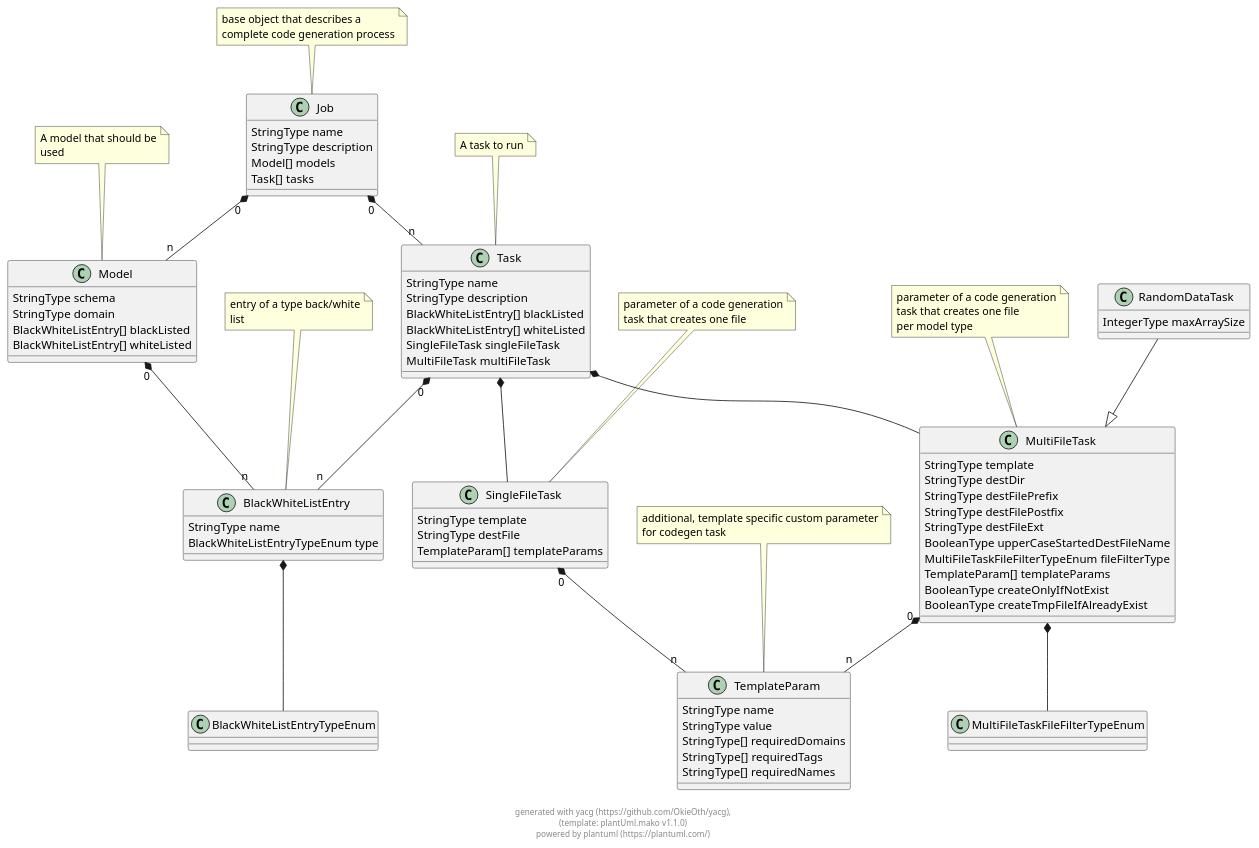
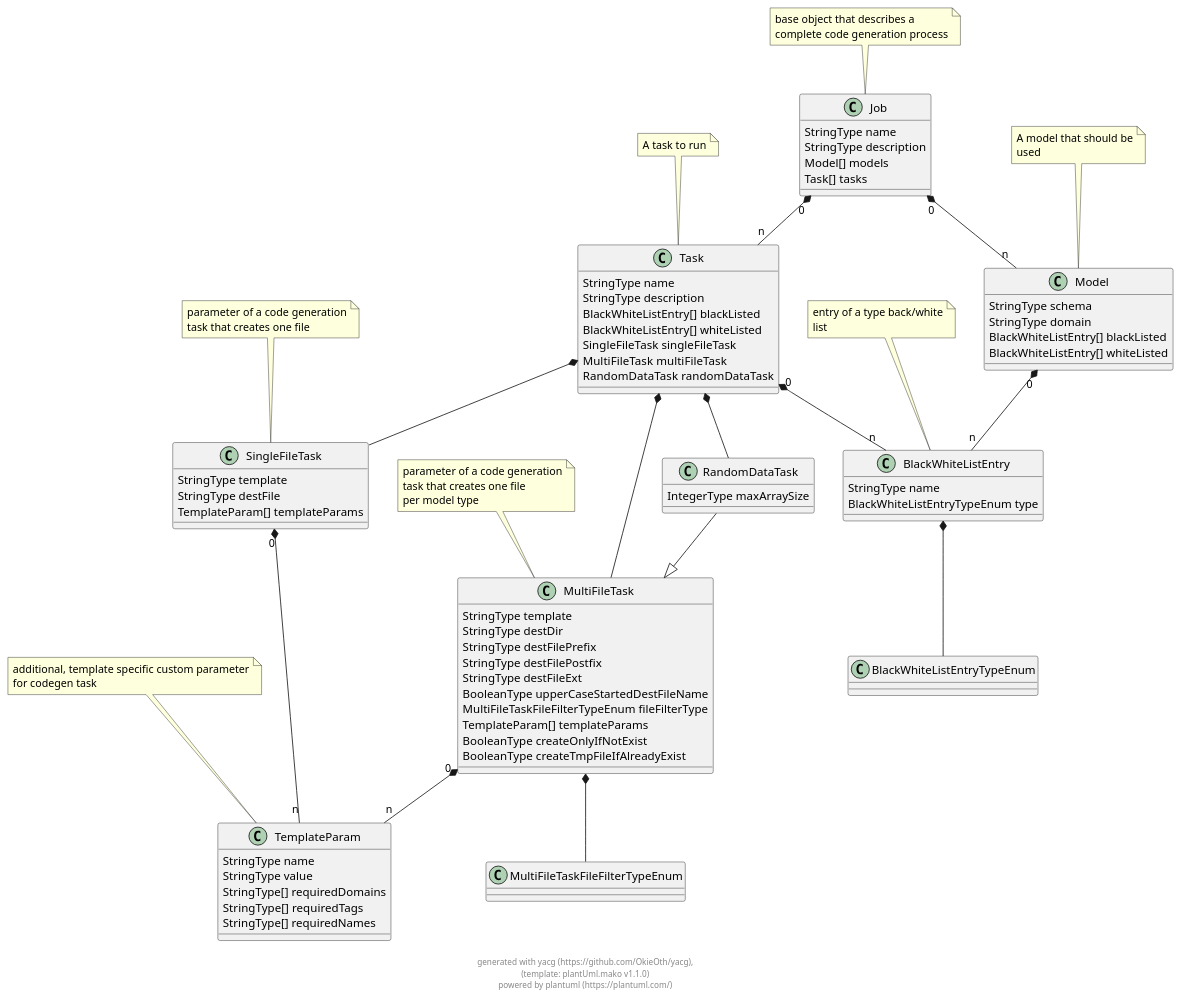
The diagram in docs/puml/yacg_config_schema.puml (OkieOth/yacg), drawn with PlantUML before and after one commit. The commit also changed 7 other files, not shown here.

Commit message:
introduce RandomDataTask into the configuration model, part 2

```diff
--- a/docs/puml/yacg_config_schema.puml
+++ b/docs/puml/yacg_config_schema.puml
@@ -2,119 +2,122 @@
 @startuml
 
 class Job {
     StringType name 
     StringType description 
     Model[] models 
     Task[] tasks 
 }
  
 note top: base object that describes a\ncomplete code generation process
 
 class Model {
     StringType schema 
     StringType domain 
     BlackWhiteListEntry[] blackListed 
     BlackWhiteListEntry[] whiteListed 
 }
  
 note top: A model that should be\nused
 
 class Task {
     StringType name 
     StringType description 
     BlackWhiteListEntry[] blackListed 
     BlackWhiteListEntry[] whiteListed 
     SingleFileTask singleFileTask 
     MultiFileTask multiFileTask 
+    RandomDataTask randomDataTask 
 }
  
 note top: A task to run
 
 class BlackWhiteListEntry {
     StringType name 
     BlackWhiteListEntryTypeEnum type 
 }
  
 note top: entry of a type back/white\nlist
 
 class BlackWhiteListEntryTypeEnum {
 }
  
 
 class SingleFileTask {
     StringType template 
     StringType destFile 
     TemplateParam[] templateParams 
 }
  
 note top: parameter of a code generation\ntask that creates one file
 
 class TemplateParam {
     StringType name 
     StringType value 
     StringType[] requiredDomains 
     StringType[] requiredTags 
     StringType[] requiredNames 
 }
  
 note top: additional, template specific custom parameter\nfor codegen task
 
 class MultiFileTask {
     StringType template 
     StringType destDir 
     StringType destFilePrefix 
     StringType destFilePostfix 
     StringType destFileExt 
     BooleanType upperCaseStartedDestFileName 
     MultiFileTaskFileFilterTypeEnum fileFilterType 
     TemplateParam[] templateParams 
     BooleanType createOnlyIfNotExist 
     BooleanType createTmpFileIfAlreadyExist 
 }
  
 note top: parameter of a code generation\ntask that creates one file\nper model type
 
 class MultiFileTaskFileFilterTypeEnum {
 }
  
 
 class RandomDataTask {
     IntegerType maxArraySize 
 }
  
 
 RandomDataTask --|> MultiFileTask
 
     
 Job "0" *-- "n" Model        
             
 Job "0" *-- "n" Task        
             
     
 Model "0" *-- "n" BlackWhiteListEntry        
             
     
 Task "0" *-- "n" BlackWhiteListEntry        
             
 Task  *--  SingleFileTask        
             
 Task  *--  MultiFileTask        
             
+Task  *--  RandomDataTask        
+            
     
 BlackWhiteListEntry  *--  BlackWhiteListEntryTypeEnum        
             
     
     
 SingleFileTask "0" *-- "n" TemplateParam        
             
     
     
 MultiFileTask  *--  MultiFileTaskFileFilterTypeEnum        
             
 MultiFileTask "0" *-- "n" TemplateParam        
             
     
     
 
 footer \ngenerated with yacg (https://github.com/OkieOth/yacg),\n(template: plantUml.mako v1.1.0)\npowered by plantuml (https://plantuml.com/)
 @enduml
```
